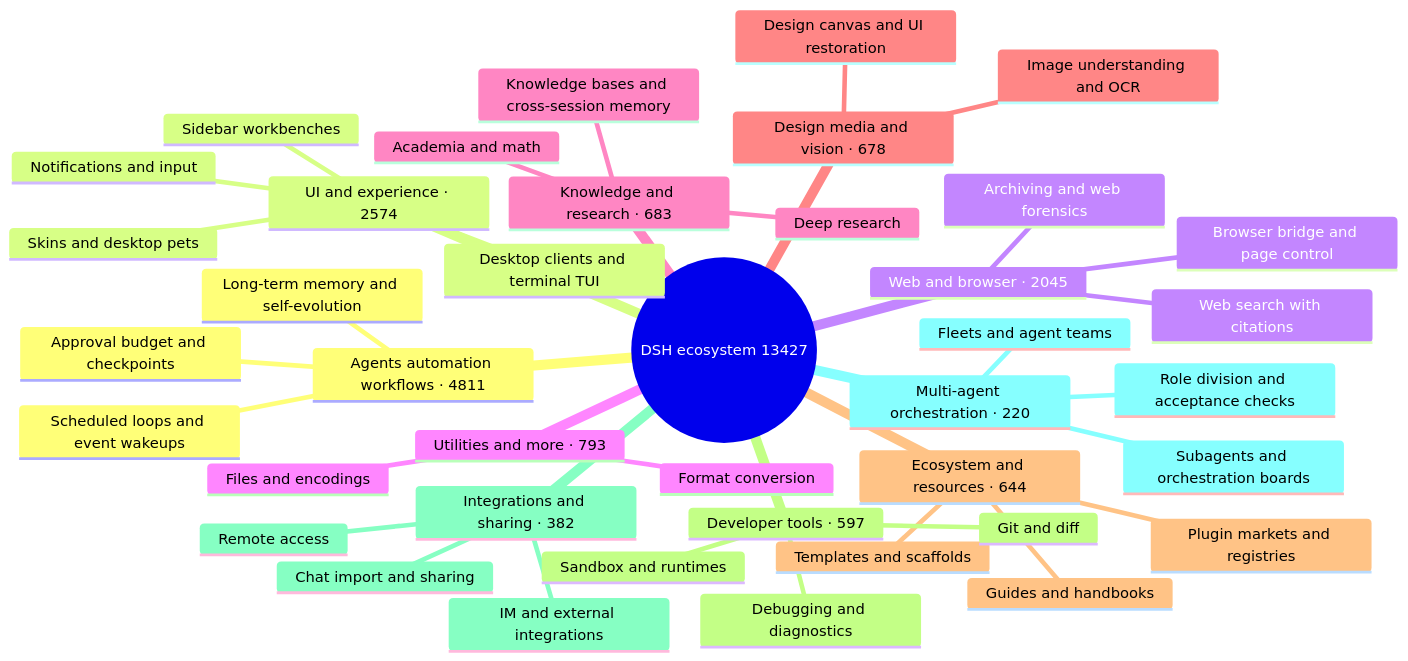
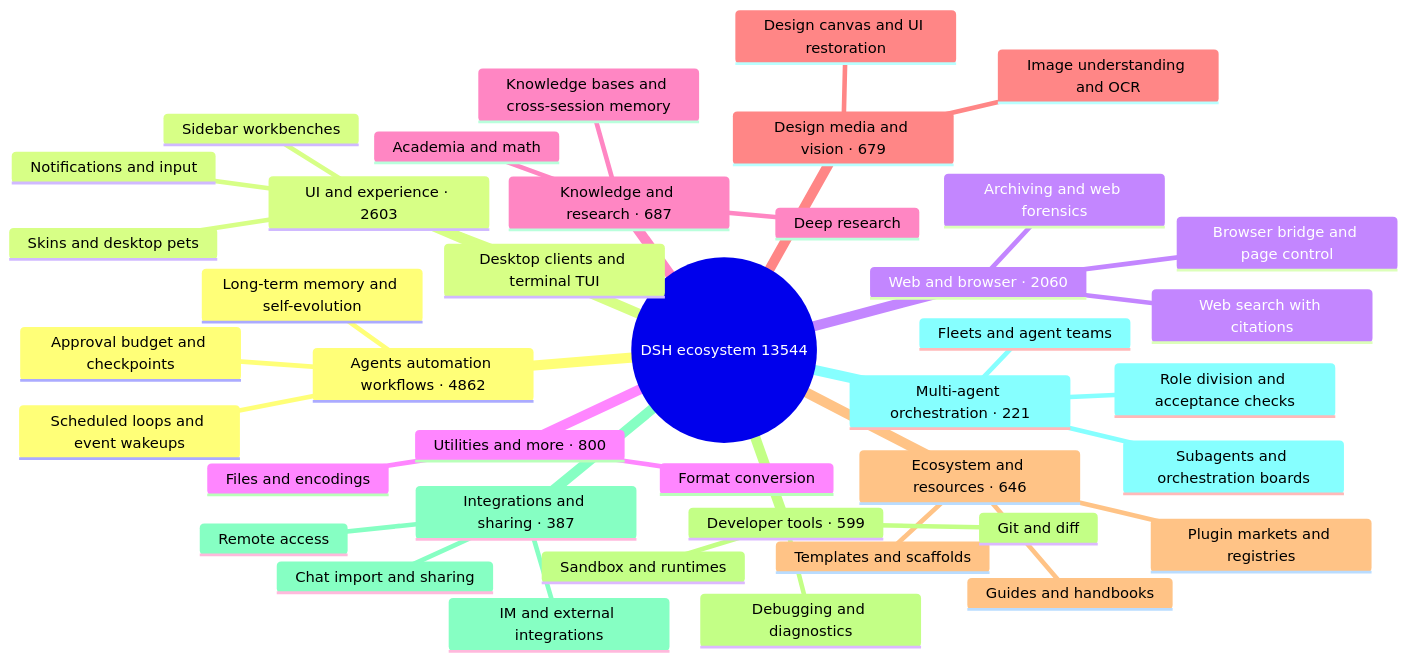
Before and after one commit to bruc3van/awesome-dsh-plugin: the diagram in README_EN.md, drawn with Mermaid. The commit also changed other lines of this file and 20 other files, not shown here.

````diff
--- a/README_EN.md
+++ b/README_EN.md
@@ -32,43 +32,43 @@
 ```mermaid
 mindmap
-  root((DSH ecosystem 13427))
-    Agents automation workflows · 4811
+  root((DSH ecosystem 13544))
+    Agents automation workflows · 4862
       Scheduled loops and event wakeups
       Long-term memory and self-evolution
       Approval budget and checkpoints
-    UI and experience · 2574
+    UI and experience · 2603
       Desktop clients and terminal TUI
       Sidebar workbenches
       Skins and desktop pets
       Notifications and input
-    Web and browser · 2045
+    Web and browser · 2060
       Browser bridge and page control
       Web search with citations
       Archiving and web forensics
-    Utilities and more · 793
+    Utilities and more · 800
       Files and encodings
       Format conversion
-    Knowledge and research · 683
+    Knowledge and research · 687
       Knowledge bases and cross-session memory
       Deep research
       Academia and math
-    Design media and vision · 678
+    Design media and vision · 679
       Image understanding and OCR
       Design canvas and UI restoration
-    Ecosystem and resources · 644
+    Ecosystem and resources · 646
       Plugin markets and registries
       Templates and scaffolds
       Guides and handbooks
-    Developer tools · 597
+    Developer tools · 599
       Git and diff
       Sandbox and runtimes
       Debugging and diagnostics
-    Integrations and sharing · 382
+    Integrations and sharing · 387
       Chat import and sharing
       Remote access
       IM and external integrations
-    Multi-agent orchestration · 220
+    Multi-agent orchestration · 221
       Subagents and orchestration boards
       Fleets and agent teams
       Role division and acceptance checks
 ```
````
